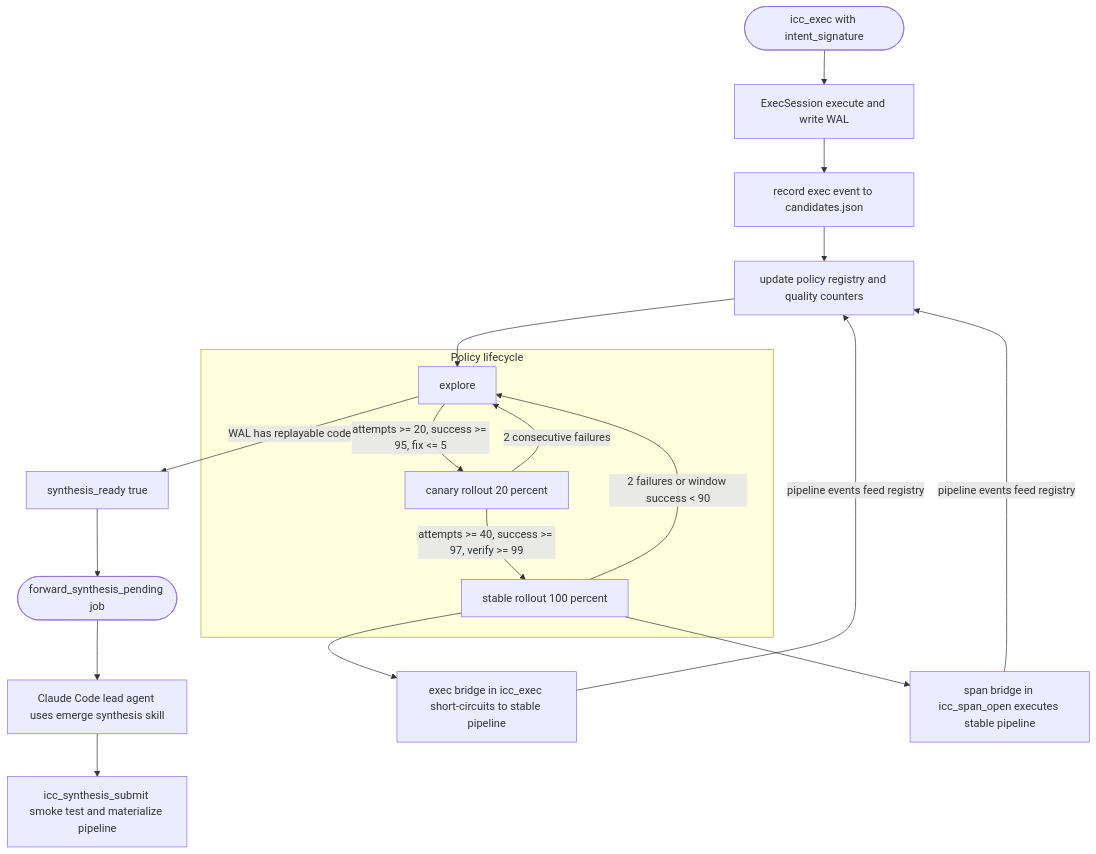
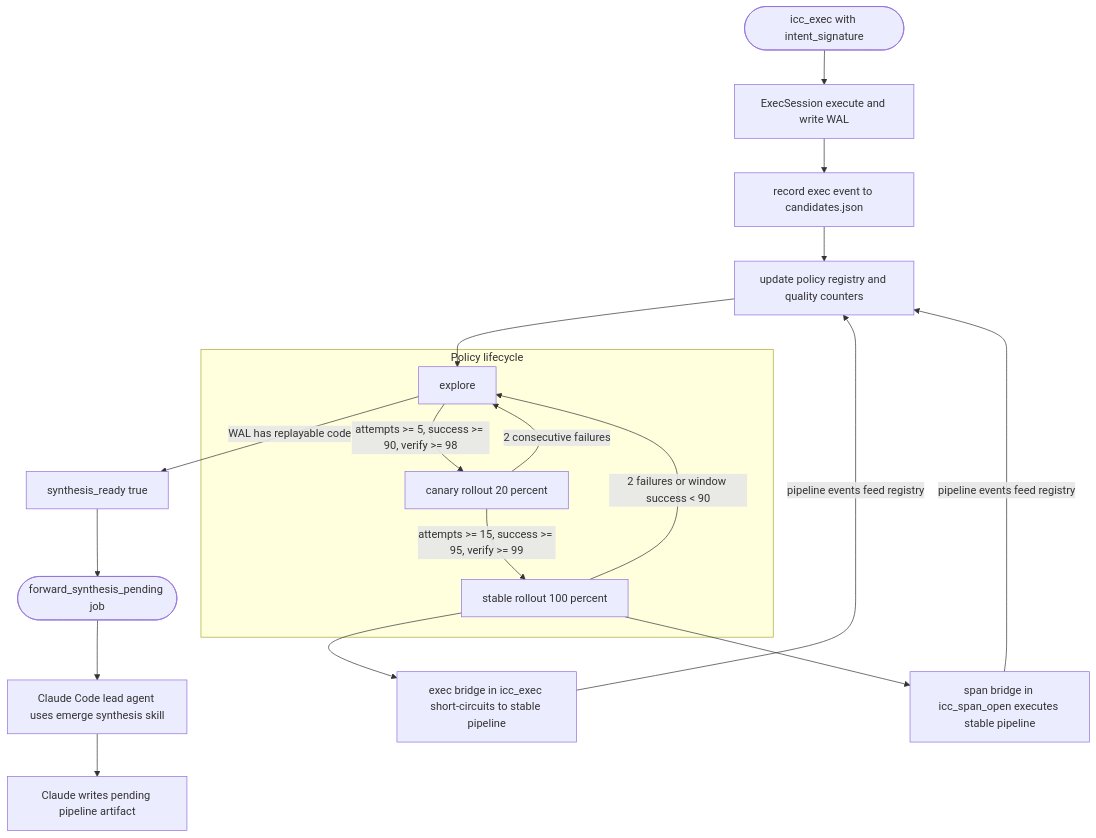
Before and after one commit to jianzhichun/emerge: the second of 4 diagrams in README.md, drawn with Mermaid. The commit also changed other lines of this file and 66 other files, not shown here.

````diff
--- a/README.md
+++ b/README.md
@@ -75,32 +75,32 @@
 ```mermaid
 flowchart TD
   A([icc_exec with intent_signature])
   B[ExecSession execute and write WAL]
   C[record exec event to candidates.json]
   D[update policy registry and quality counters]
 
   subgraph lc [Policy lifecycle]
     E1[explore]
     E2[canary rollout 20 percent]
     E3[stable rollout 100 percent]
   end
 
   F[synthesis_ready true]
   G([forward_synthesis_pending job])
   J[Claude Code lead agent uses emerge synthesis skill]
-  K[icc_synthesis_submit smoke test and materialize pipeline]
+  K[Claude writes pending pipeline artifact]
   H[exec bridge in icc_exec short-circuits to stable pipeline]
   I[span bridge in icc_span_open executes stable pipeline]
 
   A --> B --> C --> D --> E1
-  E1 -->|"attempts >= 20, success >= 95, fix <= 5"| E2
-  E2 -->|"attempts >= 40, success >= 97, verify >= 99"| E3
+  E1 -->|"attempts >= 5, success >= 90, verify >= 98"| E2
+  E2 -->|"attempts >= 15, success >= 95, verify >= 99"| E3
   E2 -->|"2 consecutive failures"| E1
   E3 -->|"2 failures or window success < 90"| E1
   E1 -->|"WAL has replayable code"| F
   F --> G --> J --> K
   E3 --> H
   E3 --> I
   H -->|pipeline events feed registry| D
   I -->|pipeline events feed registry| D
 ```
````
